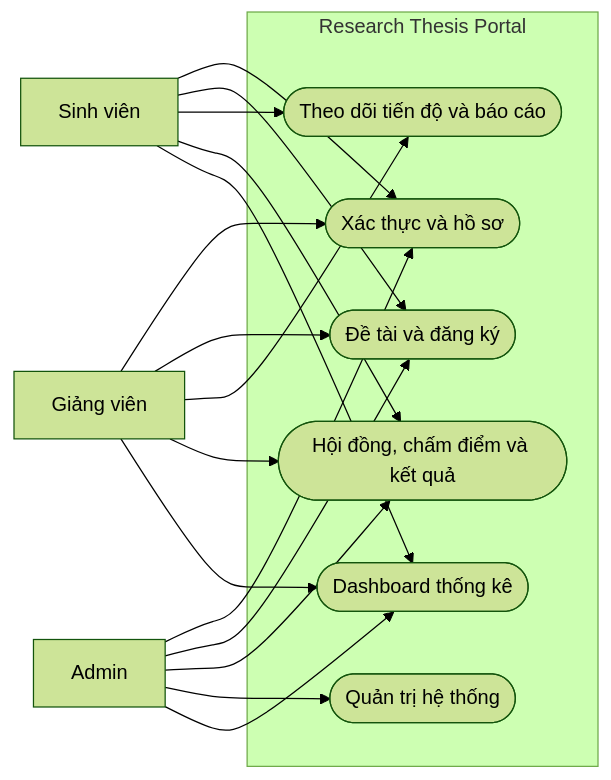
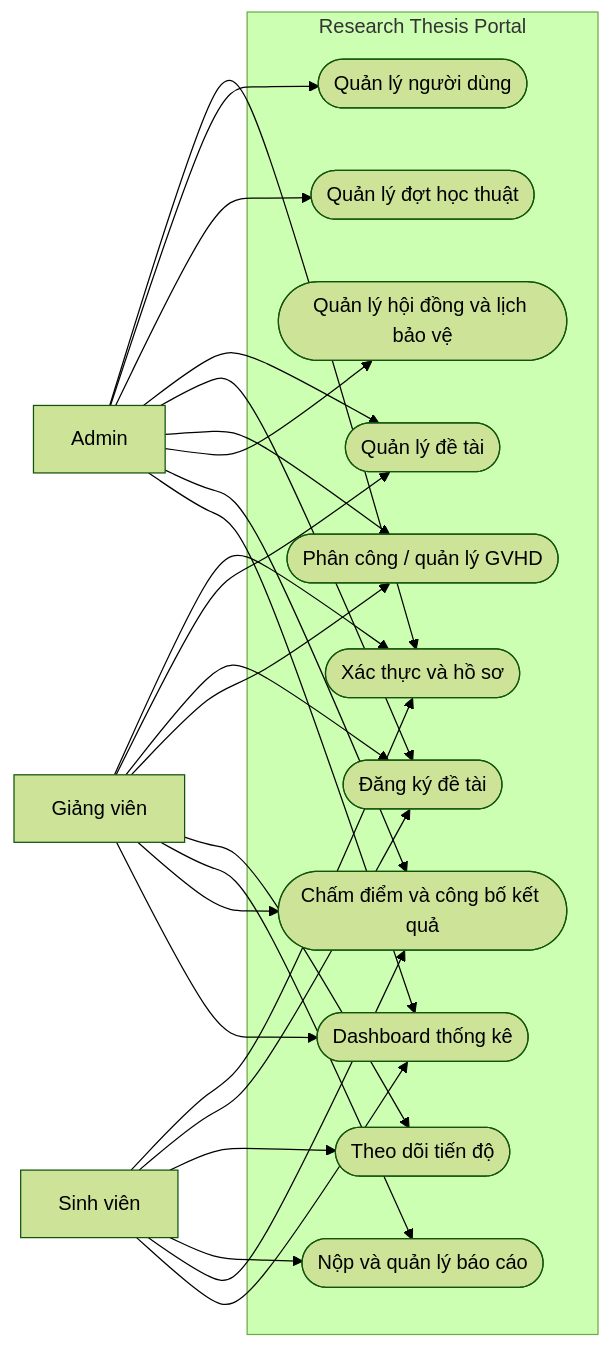
One commit to VanTruong475/research-thesis-portal changed the first of 13 diagrams in docs/diagrams_research_thesis_portal.md. Above: the diagram before and after it, drawn with Mermaid (forest theme).

Commit message:
docs(diagrams): add thesis report diagram1s

````diff
--- a/docs/diagrams_research_thesis_portal.md
+++ b/docs/diagrams_research_thesis_portal.md
@@ -11,33 +11,46 @@
 ```mermaid
 flowchart LR
     Student["Sinh viên"]
     Lecturer["Giảng viên"]
     Admin["Admin"]
 
     subgraph System["Research Thesis Portal"]
         UC_Auth(["Xác thực và hồ sơ"])
-        UC_TopicRegistration(["Đề tài và đăng ký"])
-        UC_Execution(["Theo dõi tiến độ và báo cáo"])
-        UC_CouncilEvaluation(["Hội đồng, chấm điểm và kết quả"])
-        UC_AdminManagement(["Quản trị hệ thống"])
+        UC_UserManagement(["Quản lý người dùng"])
+        UC_PeriodManagement(["Quản lý đợt học thuật"])
+        UC_TopicManagement(["Quản lý đề tài"])
+        UC_Registration(["Đăng ký đề tài"])
+        UC_Supervision(["Phân công / quản lý GVHD"])
+        UC_Progress(["Theo dõi tiến độ"])
+        UC_Report(["Nộp và quản lý báo cáo"])
+        UC_Council(["Quản lý hội đồng và lịch bảo vệ"])
+        UC_Evaluation(["Chấm điểm và công bố kết quả"])
         UC_Dashboard(["Dashboard thống kê"])
     end
 
     Student --> UC_Auth
-    Student --> UC_TopicRegistration
-    Student --> UC_Execution
-    Student --> UC_CouncilEvaluation
+    Student --> UC_Registration
+    Student --> UC_Progress
+    Student --> UC_Report
+    Student --> UC_Evaluation
     Student --> UC_Dashboard
 
     Lecturer --> UC_Auth
-    Lecturer --> UC_TopicRegistration
-    Lecturer --> UC_Execution
-    Lecturer --> UC_CouncilEvaluation
+    Lecturer --> UC_TopicManagement
+    Lecturer --> UC_Registration
+    Lecturer --> UC_Supervision
+    Lecturer --> UC_Progress
+    Lecturer --> UC_Report
+    Lecturer --> UC_Evaluation
     Lecturer --> UC_Dashboard
 
     Admin --> UC_Auth
-    Admin --> UC_TopicRegistration
-    Admin --> UC_CouncilEvaluation
-    Admin --> UC_AdminManagement
+    Admin --> UC_UserManagement
+    Admin --> UC_PeriodManagement
+    Admin --> UC_TopicManagement
+    Admin --> UC_Registration
+    Admin --> UC_Supervision
+    Admin --> UC_Council
+    Admin --> UC_Evaluation
     Admin --> UC_Dashboard
 ```
````
